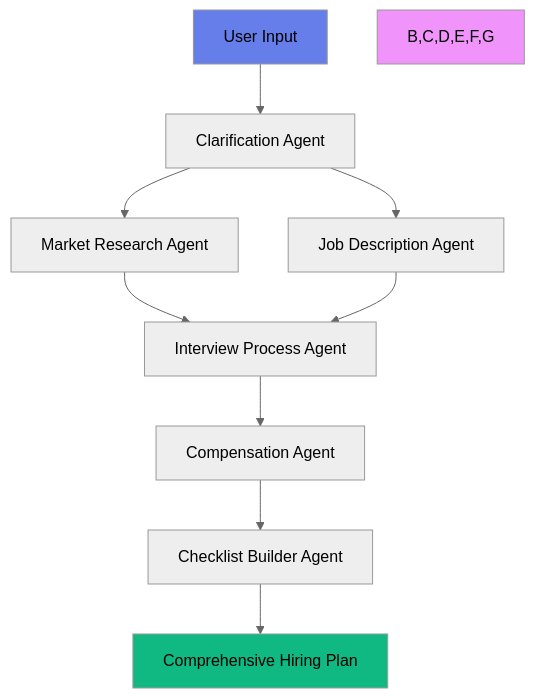
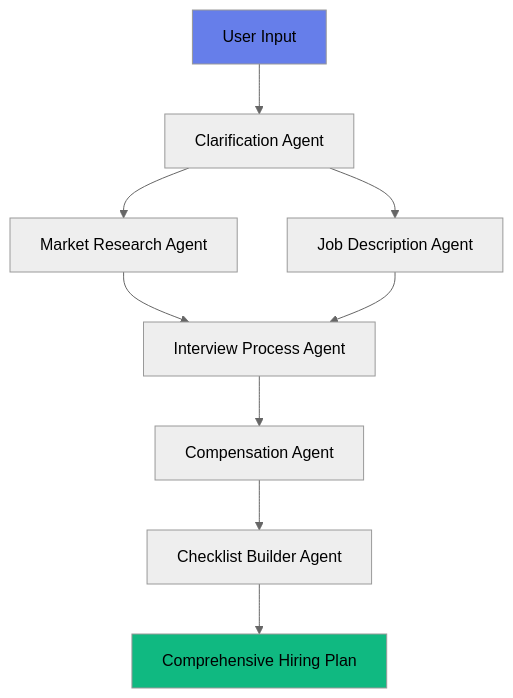
Before and after one commit to Karthik016996148/HR_Agent: the diagram in README.md, drawn with Mermaid (neutral theme).

````diff
--- a/README.md
+++ b/README.md
@@ -108,15 +108,15 @@
 ```mermaid
 graph TD
     A[User Input] --> B[Clarification Agent]
     B --> C[Market Research Agent]
     B --> D[Job Description Agent]
     C --> E[Interview Process Agent]
     D --> E
     E --> F[Compensation Agent]
     F --> G[Checklist Builder Agent]
     G --> H[Comprehensive Hiring Plan]
     
     style A fill:#667eea
     style H fill:#10b981
-    style B,C,D,E,F,G fill:#f093fb
+
 ```
````
